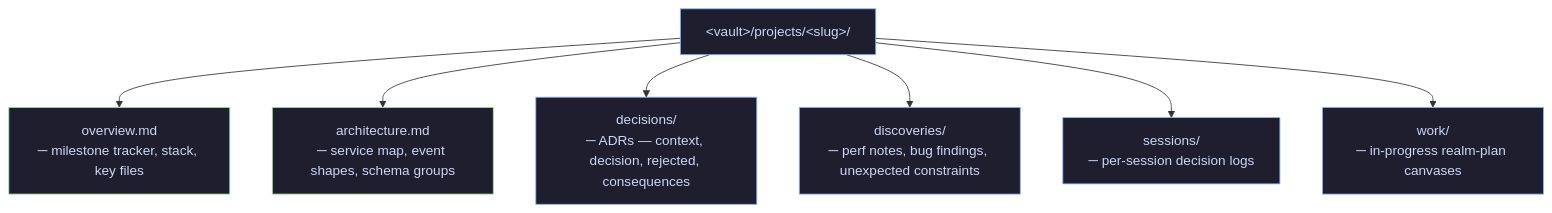
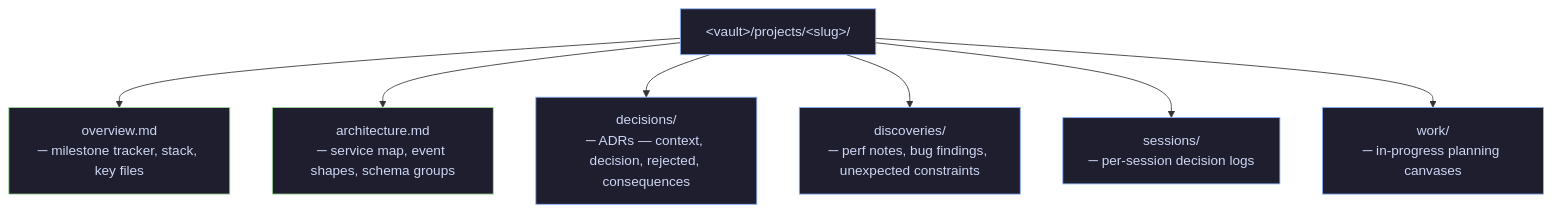
One commit to blackmo18/realm changed the sixth of 8 diagrams in VISUALS.md. Above: the diagram before and after it, drawn with Mermaid. The commit also changed other lines of this file and 99 other files, not shown here.

````diff
--- a/VISUALS.md
+++ b/VISUALS.md
@@ -171,14 +140,14 @@
 ```mermaid
 graph TD
     ROOT["&lt;vault&gt;/projects/&lt;slug&gt;/"]:::dir
 
     ROOT --> OV["overview.md\n─ milestone tracker, stack, key files"]:::node
     ROOT --> AR["architecture.md\n─ service map, event shapes, schema groups"]:::node
     ROOT --> DE["decisions/\n─ ADRs — context, decision, rejected, consequences"]:::dir
     ROOT --> DI["discoveries/\n─ perf notes, bug findings, unexpected constraints"]:::dir
     ROOT --> SE["sessions/\n─ per-session decision logs"]:::dir
-    ROOT --> WK["work/\n─ in-progress realm-plan canvases"]:::dir
+    ROOT --> WK["work/\n─ in-progress planning canvases"]:::dir
 
     classDef dir  fill:#1e1e2e,stroke:#89b4fa,color:#cdd6f4
     classDef node fill:#1e1e2e,stroke:#a6e3a1,color:#cdd6f4
 ```
````
